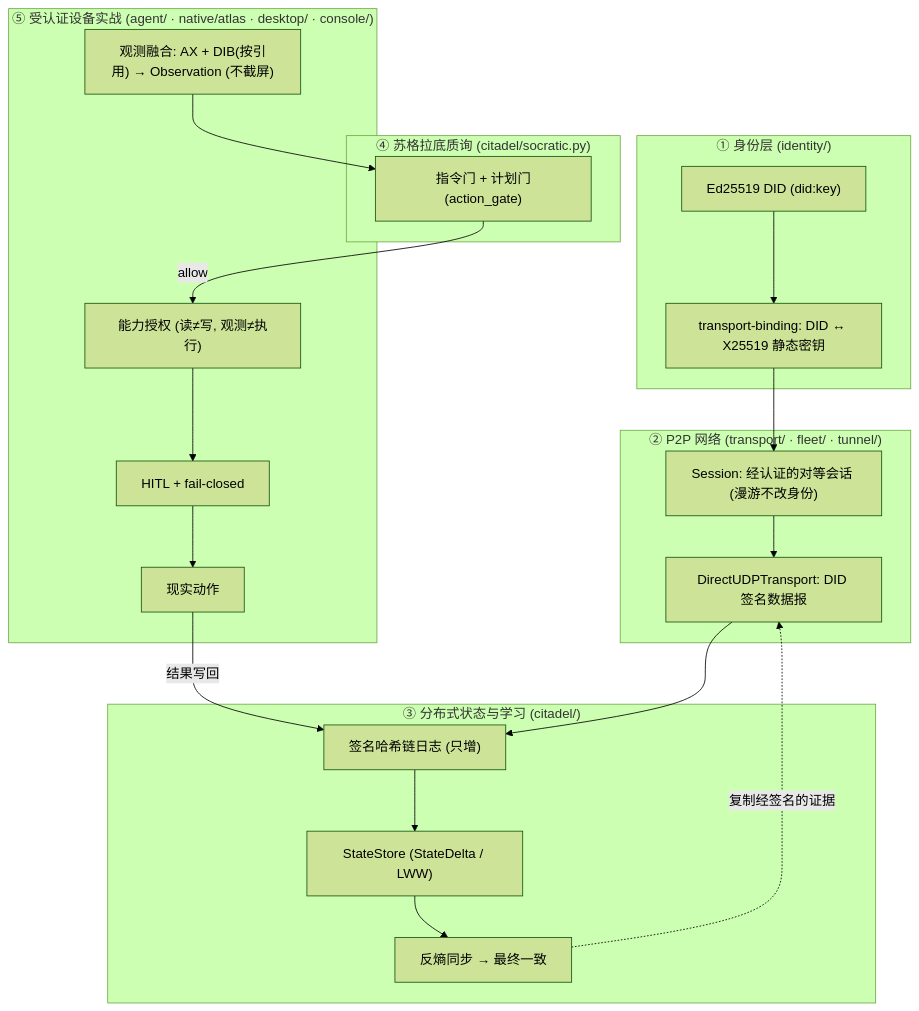
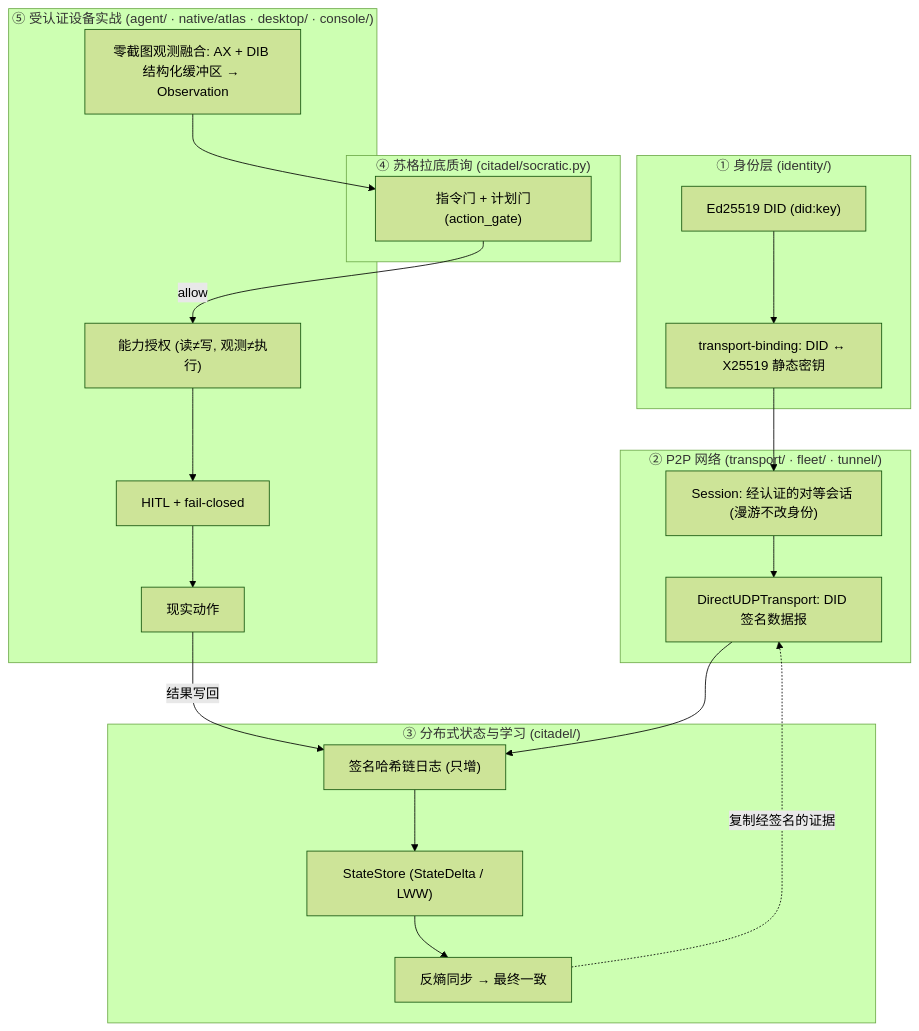
Before and after one commit to Larrydev-cpp/secdogie: the diagram in ARCHITECTURE.zh.md, drawn with Mermaid (forest theme). The commit also changed other lines of this file and 10 other files, not shown here.

````diff
--- a/ARCHITECTURE.zh.md
+++ b/ARCHITECTURE.zh.md
@@ -131,31 +133,31 @@
 ```mermaid
 flowchart TB
     subgraph ID["① 身份层 (identity/)"]
         did["Ed25519 DID (did:key)"]
         bind["transport-binding: DID ↔ X25519 静态密钥"]
         did --> bind
     end
     subgraph NET["② P2P 网络 (transport/ · fleet/ · tunnel/)"]
         sess["Session: 经认证的对等会话 (漫游不改身份)"]
         direct["DirectUDPTransport: DID 签名数据报"]
         bind --> sess --> direct
     end
     subgraph STATE["③ 分布式状态与学习 (citadel/)"]
         jrnl["签名哈希链日志 (只增)"]
         store["StateStore (StateDelta / LWW)"]
         sync["反熵同步 → 最终一致"]
         direct --> jrnl --> store --> sync
         sync -.->|复制经签名的证据| direct
     end
     subgraph MIND["④ 苏格拉底质询 (citadel/socratic.py)"]
         gate["指令门 + 计划门(action_gate)"]
     end
     subgraph ACT["⑤ 受认证设备实战 (agent/ · native/atlas · desktop/ · console/)"]
-        obs["观测融合: AX + DIB(按引用) → Observation (不截屏)"]
+        obs["零截图观测融合: AX + DIB 结构化缓冲区 → Observation"]
         cap["能力授权 (读≠写, 观测≠执行)"]
         hitl["HITL + fail-closed"]
         obs --> gate
         gate -->|allow| cap --> hitl --> world["现实动作"]
         world -->|结果写回| jrnl
     end
 ```
````
